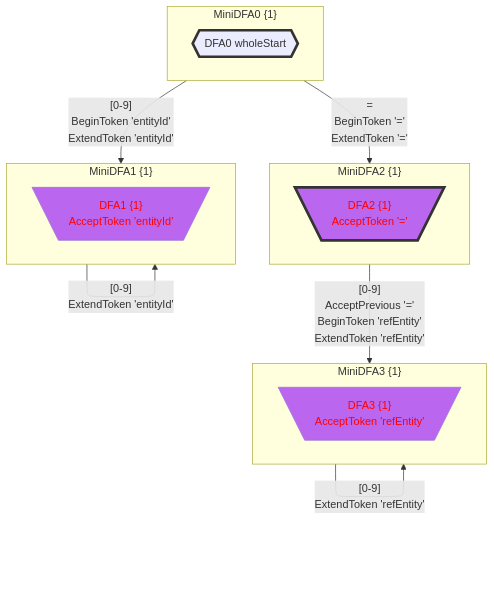
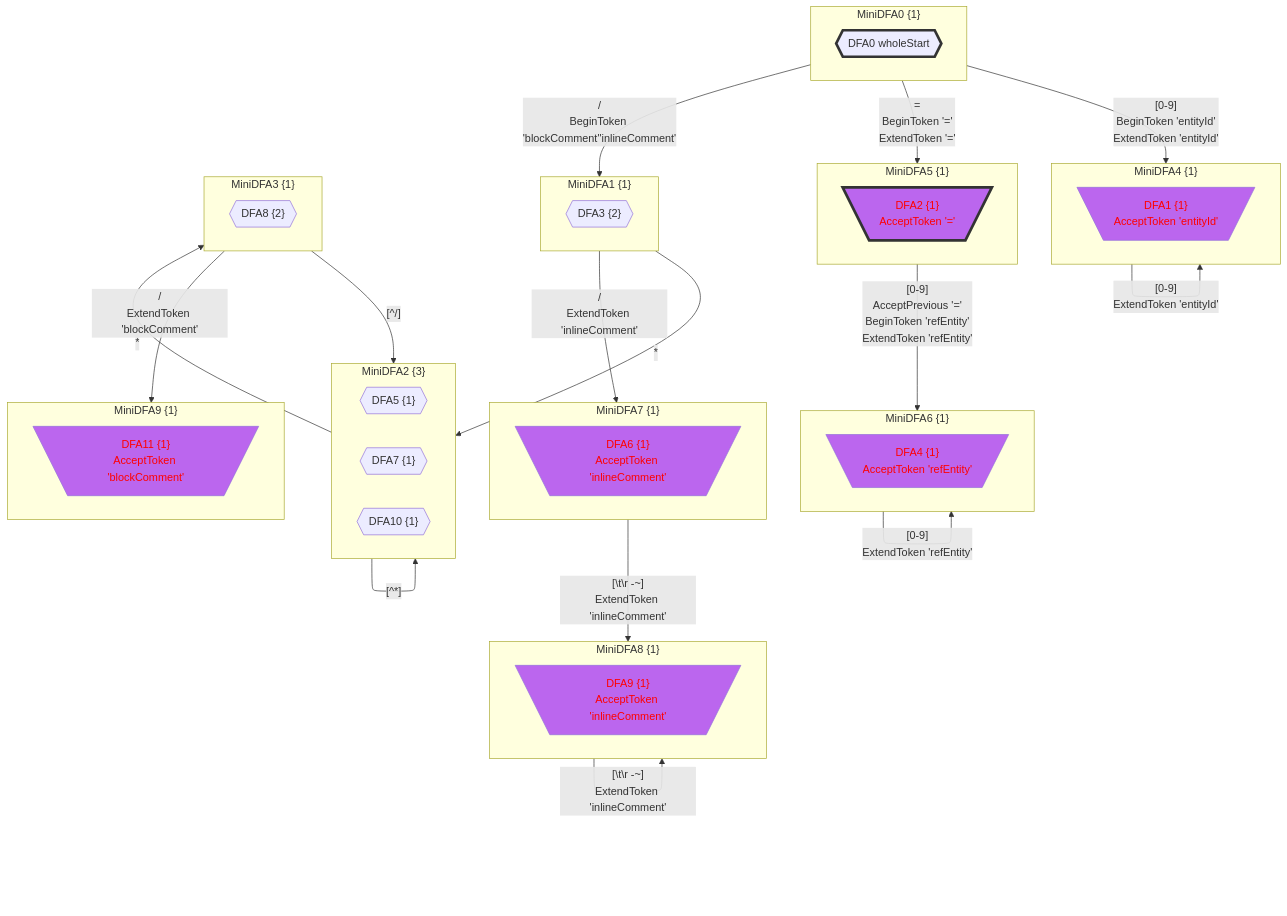
One commit to bitzhuwei/GrammarMentor changed the sixth of 7 diagrams in Practices/Practice.GeneratedXxxFormat.Test/GeneratedPrefix/doc/LexicalStates.gen.md. Above: the diagram before and after it, drawn with Mermaid. The commit also changed other lines of this file and 3868 other files, not shown here.

````diff
--- a/Practices/Practice.GeneratedXxxFormat.Test/GeneratedPrefix/doc/LexicalStates.gen.md
+++ b/Practices/Practice.GeneratedXxxFormat.Test/GeneratedPrefix/doc/LexicalStates.gen.md
@@ -444,41 +834,84 @@
 classDef c1101 stroke:#333,stroke-width:4px,fill:#BB66EE,color:#FF0000;
 classDef c1110 stroke:#333,stroke-width:4px,fill:#BB66EE,stroke-dasharray: 10 10;
 classDef c1111 stroke:#333,stroke-width:4px,fill:#BB66EE,stroke-dasharray: 10 10,color:#FF0000;
-subgraph MiniDFA0_126819603["MiniDFA0 {1}"]
-DFA0_1011348769_0{{"DFA0 wholeStart"}}
-class DFA0_1011348769_0 c1000;
+subgraph MiniDFA0_-1315845637["MiniDFA0 {1}"]
+DFA0_-1247633812_0{{"DFA0 wholeStart"}}
+class DFA0_-1247633812_0 c1000;
 end
-class MiniDFA0_126819603 c1000;
-subgraph MiniDFA1_580070143["MiniDFA1 {1}"]
-DFA1_1532792217_1[\"DFA1 {1}
+class MiniDFA0_-1315845637 c1000;
+subgraph MiniDFA4_1442053852["MiniDFA4 {1}"]
+DFA1_1778675542_1[\"DFA1 {1}
 AcceptToken 'entityId'"/]
-class DFA1_1532792217_1 c0101;
+class DFA1_1778675542_1 c0101;
 end
-class MiniDFA1_580070143 c0101;
-subgraph MiniDFA2_1465815517["MiniDFA2 {1}"]
-DFA2_-348809668_2[\"DFA2 {1}
+class MiniDFA4_1442053852 c0101;
+subgraph MiniDFA5_185564740["MiniDFA5 {1}"]
+DFA2_1260656262_2[\"DFA2 {1}
 AcceptToken '='"/]
-class DFA2_-348809668_2 c1101;
+class DFA2_1260656262_2 c1101;
 end
-class MiniDFA2_1465815517 c1101;
-subgraph MiniDFA3_-122244134["MiniDFA3 {1}"]
-DFA3_1100400324_3[\"DFA3 {1}
+class MiniDFA5_185564740 c1101;
+subgraph MiniDFA1_-678884485["MiniDFA1 {1}"]
+DFA3_-1481152672_3{{"DFA3 {2}"}}
+end
+subgraph MiniDFA6_692057757["MiniDFA6 {1}"]
+DFA4_1905852967_4[\"DFA4 {1}
 AcceptToken 'refEntity'"/]
-class DFA3_1100400324_3 c0101;
+class DFA4_1905852967_4 c0101;
 end
-class MiniDFA3_-122244134 c0101;
-MiniDFA0_126819603 -->|"[0-9]
+class MiniDFA6_692057757 c0101;
+subgraph MiniDFA2_-385248872["MiniDFA2 {3}"]
+DFA5_-8675653_5{{"DFA5 {1}"}}
+DFA7_157542378_6{{"DFA7 {1}"}}
+DFA10_-1871932841_7{{"DFA10 {1}"}}
+end
+subgraph MiniDFA7_-500746164["MiniDFA7 {1}"]
+DFA6_-512962250_8[\"DFA6 {1}
+AcceptToken 'inlineComment'"/]
+class DFA6_-512962250_8 c0101;
+end
+class MiniDFA7_-500746164 c0101;
+subgraph MiniDFA3_-1884997737["MiniDFA3 {1}"]
+DFA8_-271251562_9{{"DFA8 {2}"}}
+end
+subgraph MiniDFA8_190811382["MiniDFA8 {1}"]
+DFA9_-1647430205_10[\"DFA9 {1}
+AcceptToken 'inlineComment'"/]
+class DFA9_-1647430205_10 c0101;
+end
+class MiniDFA8_190811382 c0101;
+subgraph MiniDFA9_1589134563["MiniDFA9 {1}"]
+DFA11_1927963297_11[\"DFA11 {1}
+AcceptToken 'blockComment'"/]
+class DFA11_1927963297_11 c0101;
+end
+class MiniDFA9_1589134563 c0101;
+MiniDFA0_-1315845637 -->|"[0-9]
 BeginToken 'entityId'
-ExtendToken 'entityId'"|MiniDFA1_580070143
-MiniDFA0_126819603 -->|"=
+ExtendToken 'entityId'"|MiniDFA4_1442053852
+MiniDFA0_-1315845637 -->|"=
 BeginToken '='
-ExtendToken '='"|MiniDFA2_1465815517
-MiniDFA1_580070143 -->|"[0-9]
-ExtendToken 'entityId'"|MiniDFA1_580070143
-MiniDFA2_1465815517 -->|"[0-9]
+ExtendToken '='"|MiniDFA5_185564740
+MiniDFA0_-1315845637 -->|"/
+BeginToken 'blockComment''inlineComment'"|MiniDFA1_-678884485
+MiniDFA4_1442053852 -->|"[0-9]
+ExtendToken 'entityId'"|MiniDFA4_1442053852
+MiniDFA5_185564740 -->|"[0-9]
 AcceptPrevious '='
 BeginToken 'refEntity'
-ExtendToken 'refEntity'"|MiniDFA3_-122244134
-MiniDFA3_-122244134 -->|"[0-9]
-ExtendToken 'refEntity'"|MiniDFA3_-122244134
+ExtendToken 'refEntity'"|MiniDFA6_692057757
+MiniDFA1_-678884485 -->|"*"|MiniDFA2_-385248872
+MiniDFA1_-678884485 -->|"/
+ExtendToken 'inlineComment'"|MiniDFA7_-500746164
+MiniDFA6_692057757 -->|"[0-9]
+ExtendToken 'refEntity'"|MiniDFA6_692057757
+MiniDFA2_-385248872 -->|"[^*]"|MiniDFA2_-385248872
+MiniDFA2_-385248872 -->|"*"|MiniDFA3_-1884997737
+MiniDFA7_-500746164 -->|"[#92;t#92;r#32;-~]
+ExtendToken 'inlineComment'"|MiniDFA8_190811382
+MiniDFA3_-1884997737 -->|"[^/]"|MiniDFA2_-385248872
+MiniDFA3_-1884997737 -->|"/
+ExtendToken 'blockComment'"|MiniDFA9_1589134563
+MiniDFA8_190811382 -->|"[#92;t#92;r#32;-~]
+ExtendToken 'inlineComment'"|MiniDFA8_190811382
 ```
````
